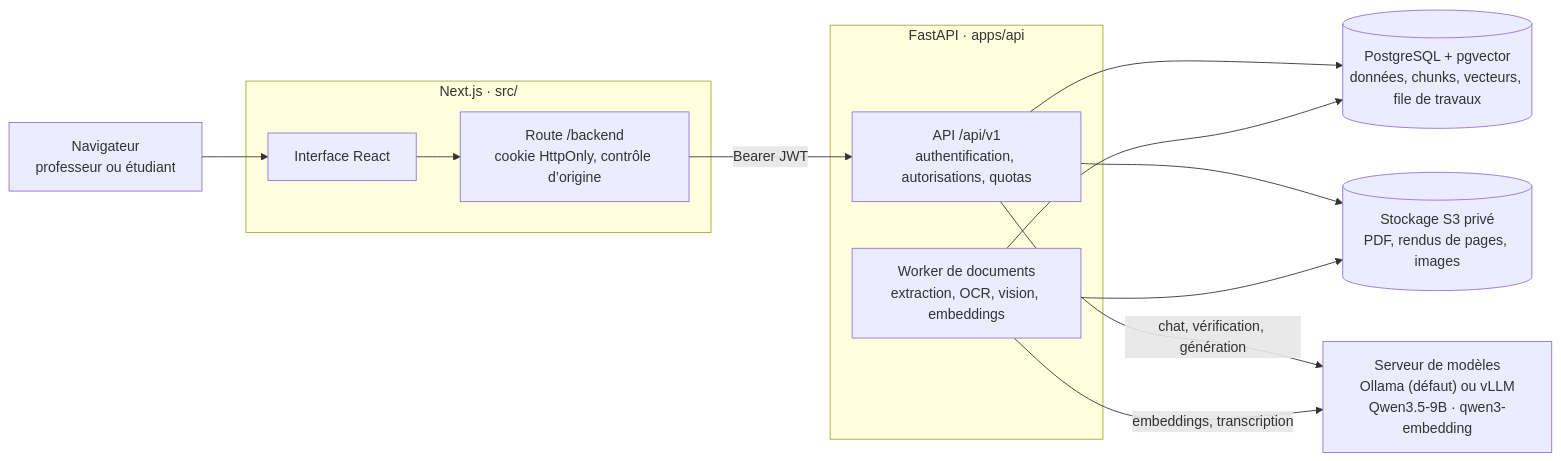
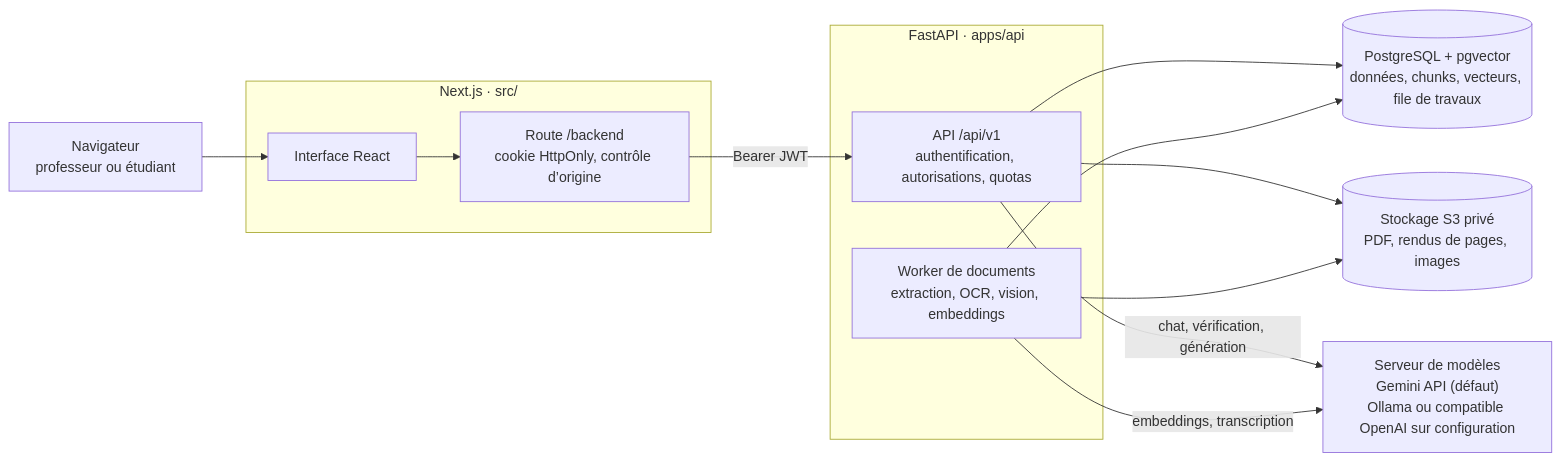
One commit to youssefrekik1/Neurvia changed the first of 5 diagrams in README.md. Above: the diagram before and after it, drawn with Mermaid. The commit also changed other lines of this file and 30 other files, not shown here.

````diff
--- a/README.md
+++ b/README.md
@@ -35,23 +35,23 @@
 ```mermaid
 flowchart LR
     browser["Navigateur<br/>professeur ou étudiant"]
     subgraph web["Next.js · src/"]
         ui["Interface React"]
         proxy["Route /backend<br/>cookie HttpOnly, contrôle d’origine"]
     end
     subgraph backend["FastAPI · apps/api"]
         api["API /api/v1<br/>authentification, autorisations, quotas"]
         worker["Worker de documents<br/>extraction, OCR, vision, embeddings"]
     end
     db[("PostgreSQL + pgvector<br/>données, chunks, vecteurs, file de travaux")]
     s3[("Stockage S3 privé<br/>PDF, rendus de pages, images")]
-    models["Serveur de modèles<br/>Ollama (défaut) ou vLLM<br/>Qwen3.5-9B · qwen3-embedding"]
+    models["Serveur de modèles<br/>Gemini API (défaut)<br/>Ollama ou compatible OpenAI sur configuration"]
 
     browser --> ui --> proxy -->|"Bearer JWT"| api
     api --> db
     api --> s3
     api -->|"chat, vérification, génération"| models
     worker --> db
     worker --> s3
     worker -->|"embeddings, transcription"| models
 ```
````
